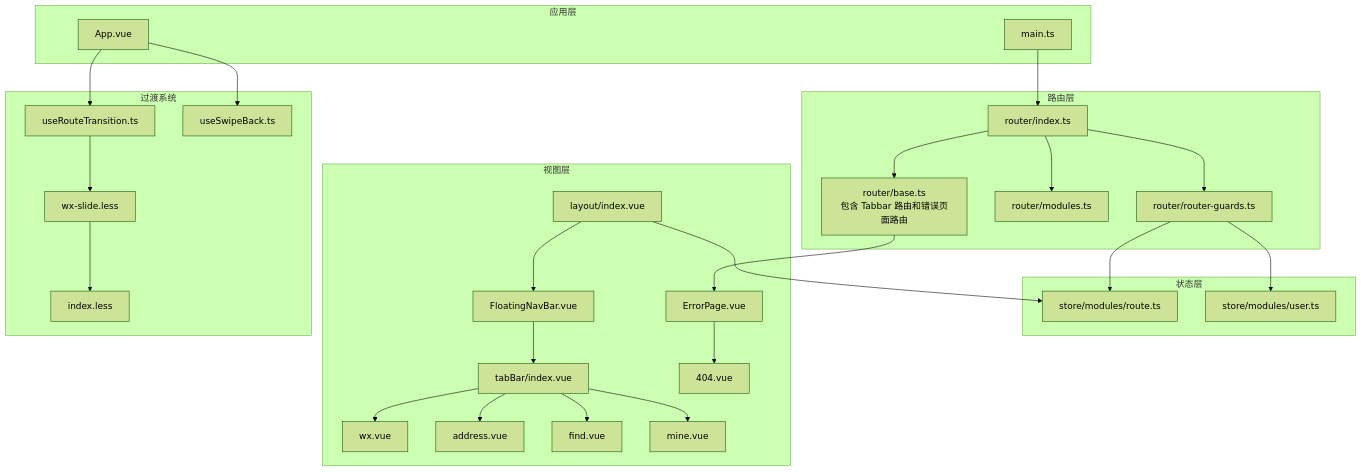
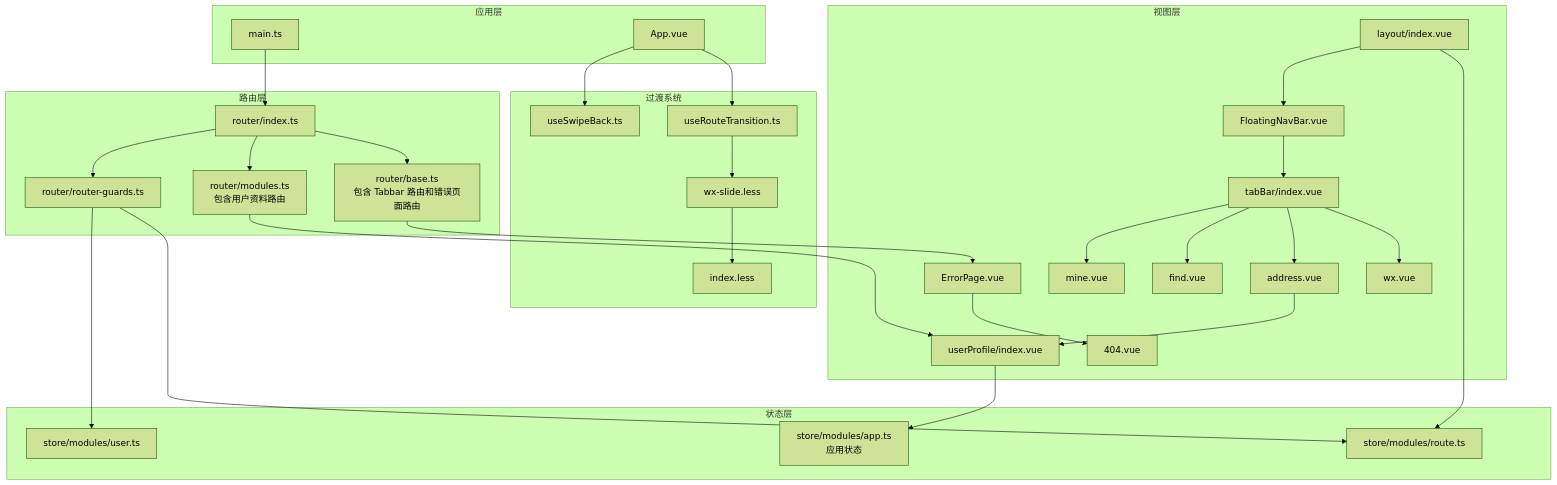
One commit to giserman001/vue3-vant4-mobile changed the second of 13 diagrams in .qoder/repowiki/zh/content/核心系统/路由系统.md. Above: the diagram before and after it, drawn with Mermaid (forest theme). The commit also changed other lines of this file and 13 other files, not shown here.

````diff
--- a/.qoder/repowiki/zh/content/核心系统/路由系统.md
+++ b/.qoder/repowiki/zh/content/核心系统/路由系统.md
@@ -180,53 +197,58 @@
 ```mermaid
 graph TB
 subgraph "应用层"
 M["main.ts"]
 O["App.vue"]
 end
 subgraph "路由层"
 R["router/index.ts"]
 B["router/base.ts<br/>包含 Tabbar 路由和错误页面路由"]
-U["router/modules.ts"]
+U["router/modules.ts<br/>包含用户资料路由"]
 G["router/router-guards.ts"]
 end
 subgraph "状态层"
 SR["store/modules/route.ts"]
 SU["store/modules/user.ts"]
+SA["store/modules/app.ts<br/>应用状态"]
 end
 subgraph "视图层"
 L["layout/index.vue"]
 F["FloatingNavBar.vue"]
 T["tabBar/index.vue"]
 WX["wx.vue"]
 ADDR["address.vue"]
 FIND["find.vue"]
 MINE["mine.vue"]
 EP["ErrorPage.vue"]
 E404["404.vue"]
+UP["userProfile/index.vue"]
 end
 subgraph "过渡系统"
 RT["useRouteTransition.ts"]
 SB["useSwipeBack.ts"]
 WS["wx-slide.less"]
 IL["index.less"]
 end
 M --> R
 R --> B
 R --> U
 R --> G
 G --> SR
 G --> SU
 L --> SR
 L --> F
 F --> T
 T --> WX
 T --> ADDR
 T --> FIND
 T --> MINE
 O --> RT
 O --> SB
 RT --> WS
 WS --> IL
 B --> EP
 EP --> E404
+U --> UP
+UP --> SA
+ADDR --> UP
 ```
````
